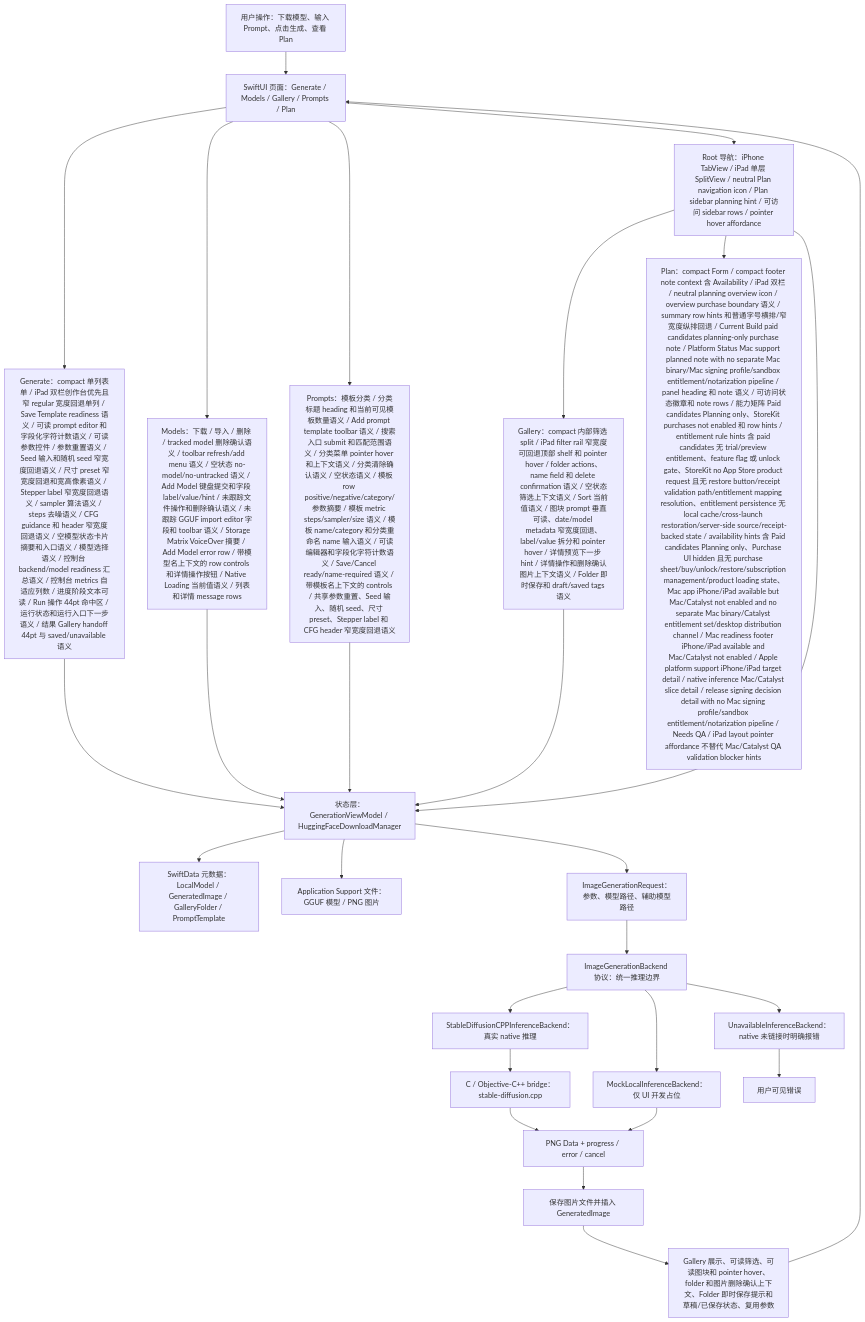
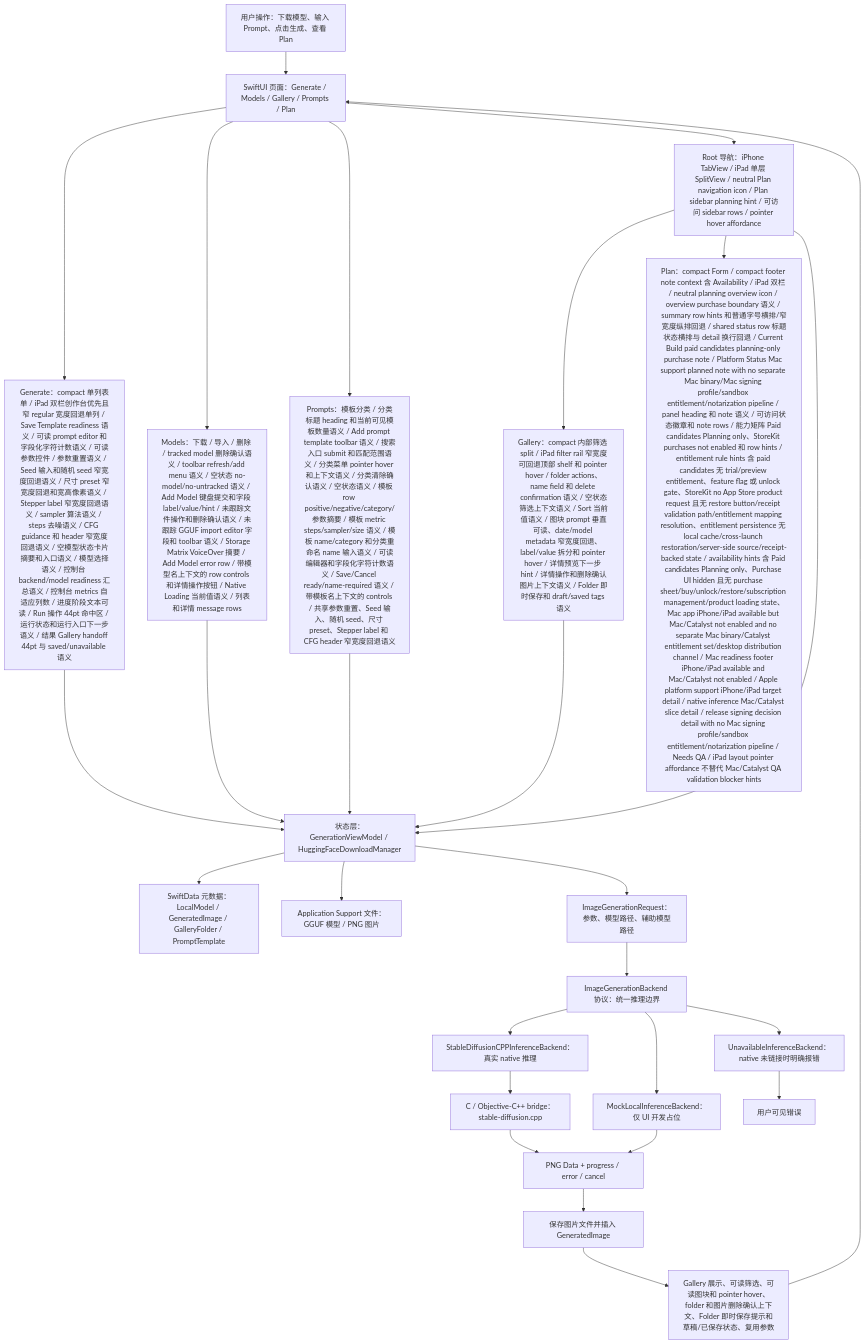
One commit to Altman-sam114/118 changed the first of 7 diagrams in md/flow/flowchart.md. Above: the diagram before and after it, drawn with Mermaid. The commit also changed 5 other files, not shown here.

First line of the commit message:
v1.133: Plan status row fallback

````diff
--- a/md/flow/flowchart.md
+++ b/md/flow/flowchart.md
@@ -9,29 +9,29 @@
 ```mermaid
 flowchart TD
   U["用户操作：下载模型、输入 Prompt、点击生成、查看 Plan"] --> UI["SwiftUI 页面：Generate / Models / Gallery / Prompts / Plan"]
   UI --> GENUI["Generate：compact 单列表单 / iPad 双栏创作台优先且窄 regular 宽度回退单列 / Save Template readiness 语义 / 可读 prompt editor 和字段化字符计数语义 / 可读参数控件 / 参数重置语义 / Seed 输入和随机 seed 窄宽度回退语义 / 尺寸 preset 窄宽度回退和宽高像素语义 / Stepper label 窄宽度回退语义 / sampler 算法语义 / steps 去噪语义 / CFG guidance 和 header 窄宽度回退语义 / 空模型状态卡片摘要和入口语义 / 模型选择语义 / 控制台 backend/model readiness 汇总语义 / 控制台 metrics 自适应列数 / 进度阶段文本可读 / Run 操作 44pt 命中区 / 运行状态和运行入口下一步语义 / 结果 Gallery handoff 44pt 与 saved/unavailable 语义"]
   UI --> MODELUI["Models：下载 / 导入 / 删除 / tracked model 删除确认语义 / toolbar refresh/add menu 语义 / 空状态 no-model/no-untracked 语义 / Add Model 键盘提交和字段 label/value/hint / 未跟踪文件操作和删除确认语义 / 未跟踪 GGUF import editor 字段和 toolbar 语义 / Storage Matrix VoiceOver 摘要 / Add Model error row / 带模型名上下文的 row controls 和详情操作按钮 / Native Loading 当前值语义 / 列表和详情 message rows"]
   UI --> PROMPTUI["Prompts：模板分类 / 分类标题 heading 和当前可见模板数量语义 / Add prompt template toolbar 语义 / 搜索入口 submit 和匹配范围语义 / 分类菜单 pointer hover 和上下文语义 / 分类清除确认语义 / 空状态语义 / 模板 row positive/negative/category/参数摘要 / 模板 metric steps/sampler/size 语义 / 模板 name/category 和分类重命名 name 输入语义 / 可读编辑器和字段化字符计数语义 / Save/Cancel ready/name-required 语义 / 带模板名上下文的 controls / 共享参数重置、Seed 输入、随机 seed、尺寸 preset、Stepper label 和 CFG header 窄宽度回退语义"]
   UI --> NAV["Root 导航：iPhone TabView / iPad 单层 SplitView / neutral Plan navigation icon / Plan sidebar planning hint / 可访问 sidebar rows / pointer hover affordance"]
   NAV --> GALUI["Gallery：compact 内部筛选 split / iPad filter rail 窄宽度可回退顶部 shelf 和 pointer hover / folder actions、name field 和 delete confirmation 语义 / 空状态筛选上下文语义 / Sort 当前值语义 / 图块 prompt 垂直可读、date/model metadata 窄宽度回退、label/value 拆分和 pointer hover / 详情预览下一步 hint / 详情操作和删除确认图片上下文语义 / Folder 即时保存和 draft/saved tags 语义"]
-  NAV --> PLANUI["Plan：compact Form / compact footer note context 含 Availability / iPad 双栏 / neutral planning overview icon / overview purchase boundary 语义 / summary row hints 和普通字号横排/窄宽度纵排回退 / Current Build paid candidates planning-only purchase note / Platform Status Mac support planned note with no separate Mac binary/Mac signing profile/sandbox entitlement/notarization pipeline / panel heading 和 note 语义 / 可访问状态徽章和 note rows / 能力矩阵 Paid candidates Planning only、StoreKit purchases not enabled 和 row hints / entitlement rule hints 含 paid candidates 无 trial/preview entitlement、feature flag 或 unlock gate、StoreKit no App Store product request 且无 restore button/receipt validation path/entitlement mapping resolution、entitlement persistence 无 local cache/cross-launch restoration/server-side source/receipt-backed state / availability hints 含 Paid candidates Planning only、Purchase UI hidden 且无 purchase sheet/buy/unlock/restore/subscription management/product loading state、Mac app iPhone/iPad available but Mac/Catalyst not enabled and no separate Mac binary/Catalyst entitlement set/desktop distribution channel / Mac readiness footer iPhone/iPad available and Mac/Catalyst not enabled / Apple platform support iPhone/iPad target detail / native inference Mac/Catalyst slice detail / release signing decision detail with no Mac signing profile/sandbox entitlement/notarization pipeline / Needs QA / iPad layout pointer affordance 不替代 Mac/Catalyst QA validation blocker hints"]
+  NAV --> PLANUI["Plan：compact Form / compact footer note context 含 Availability / iPad 双栏 / neutral planning overview icon / overview purchase boundary 语义 / summary row hints 和普通字号横排/窄宽度纵排回退 / shared status row 标题状态横排与 detail 换行回退 / Current Build paid candidates planning-only purchase note / Platform Status Mac support planned note with no separate Mac binary/Mac signing profile/sandbox entitlement/notarization pipeline / panel heading 和 note 语义 / 可访问状态徽章和 note rows / 能力矩阵 Paid candidates Planning only、StoreKit purchases not enabled 和 row hints / entitlement rule hints 含 paid candidates 无 trial/preview entitlement、feature flag 或 unlock gate、StoreKit no App Store product request 且无 restore button/receipt validation path/entitlement mapping resolution、entitlement persistence 无 local cache/cross-launch restoration/server-side source/receipt-backed state / availability hints 含 Paid candidates Planning only、Purchase UI hidden 且无 purchase sheet/buy/unlock/restore/subscription management/product loading state、Mac app iPhone/iPad available but Mac/Catalyst not enabled and no separate Mac binary/Catalyst entitlement set/desktop distribution channel / Mac readiness footer iPhone/iPad available and Mac/Catalyst not enabled / Apple platform support iPhone/iPad target detail / native inference Mac/Catalyst slice detail / release signing decision detail with no Mac signing profile/sandbox entitlement/notarization pipeline / Needs QA / iPad layout pointer affordance 不替代 Mac/Catalyst QA validation blocker hints"]
   NAV --> VM["状态层：GenerationViewModel / HuggingFaceDownloadManager"]
   GENUI --> VM
   MODELUI --> VM
   PROMPTUI --> VM
   GALUI --> VM
   VM --> SD["SwiftData 元数据：LocalModel / GeneratedImage / GalleryFolder / PromptTemplate"]
   VM --> FS["Application Support 文件：GGUF 模型 / PNG 图片"]
   VM --> REQ["ImageGenerationRequest：参数、模型路径、辅助模型路径"]
   REQ --> IFACE["ImageGenerationBackend 协议：统一推理边界"]
   IFACE --> NATIVE["StableDiffusionCPPInferenceBackend：真实 native 推理"]
   IFACE --> MOCK["MockLocalInferenceBackend：仅 UI 开发占位"]
   IFACE --> OFF["UnavailableInferenceBackend：native 未链接时明确报错"]
   NATIVE --> BRIDGE["C / Objective-C++ bridge：stable-diffusion.cpp"]
   BRIDGE --> PNG["PNG Data + progress / error / cancel"]
   MOCK --> PNG
   OFF --> ERR["用户可见错误"]
   PNG --> SAVE["保存图片文件并插入 GeneratedImage"]
   SAVE --> GALLERY["Gallery 展示、可读筛选、可读图块和 pointer hover、folder 和图片删除确认上下文、Folder 即时保存提示和草稿/已保存状态、复用参数"]
   GALLERY --> UI
 ```
````
